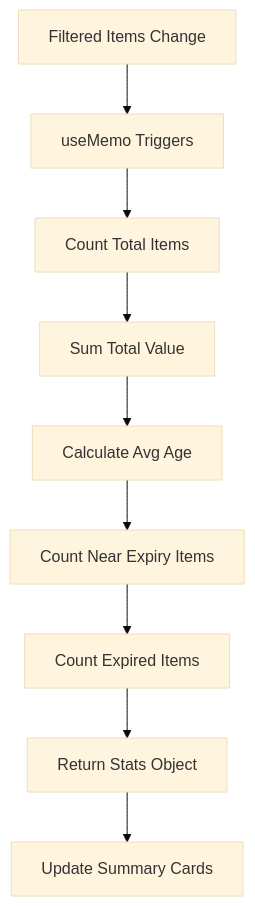
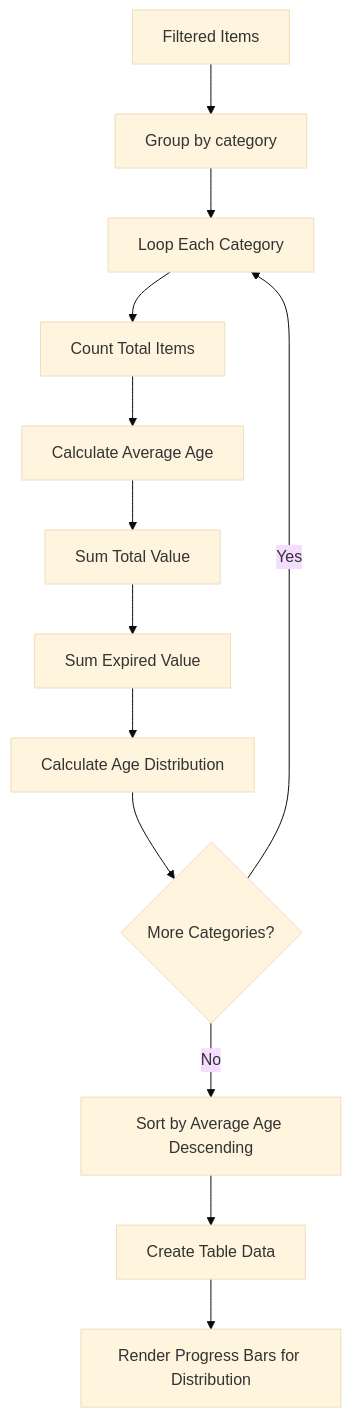
One commit to PeakMNA/carmen changed diagram 15 of 23 in docs/app/inventory-management/stock-overview/inventory-aging/FD-inventory-aging.md. Above: the diagram before and after it, drawn with Mermaid (base theme). The commit also changed other lines of this file and 473 other files, not shown here.

````diff
--- a/docs/app/inventory-management/stock-overview/inventory-aging/FD-inventory-aging.md
+++ b/docs/app/inventory-management/stock-overview/inventory-aging/FD-inventory-aging.md
@@ -260,11 +323,15 @@
 ```mermaid
-flowchart TD
-    A[Filtered Items Change] --> B[useMemo Triggers]
-    B --> C[Count Total Items]
-    C --> D[Sum Total Value]
-    D --> E[Calculate Avg Age]
-    E --> F[Count Near Expiry Items]
-    F --> G[Count Expired Items]
-    G --> H[Return Stats Object]
-    H --> I[Update Summary Cards]
+graph TD
+    A[Filtered Items] --> B[Group by category]
+    B --> C[Loop Each Category]
+    C --> D[Count Total Items]
+    D --> E[Calculate Average Age]
+    E --> F[Sum Total Value]
+    F --> G[Sum Expired Value]
+    G --> H[Calculate Age Distribution]
+    H --> I{More Categories?}
+    I -->|Yes| C
+    I -->|No| J[Sort by Average Age Descending]
+    J --> K[Create Table Data]
+    K --> L[Render Progress Bars for Distribution]
 ```
````
